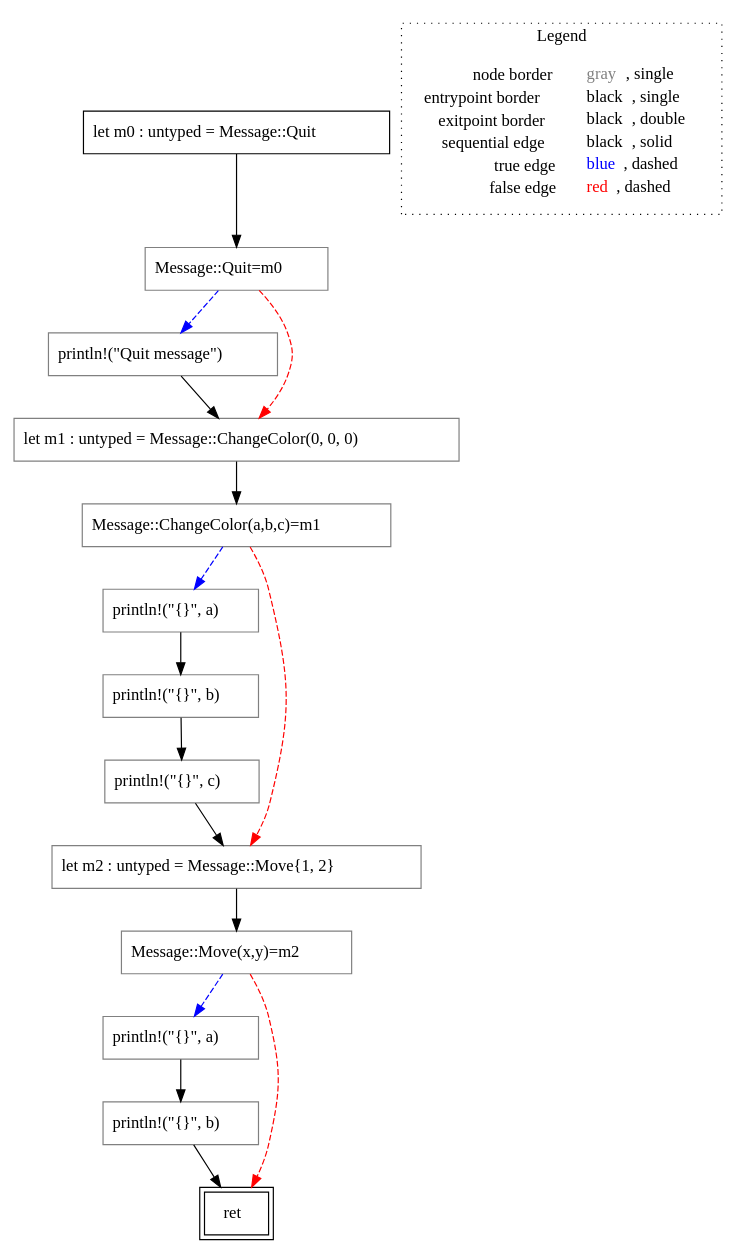
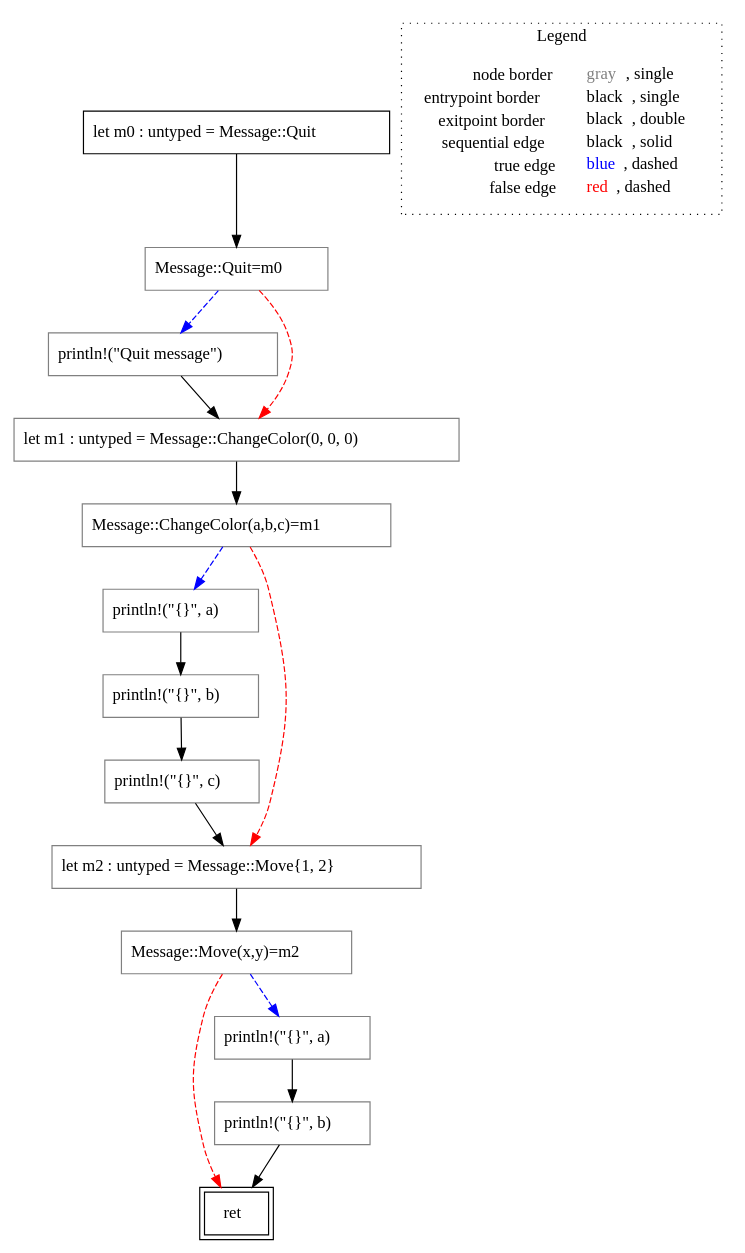
One commit to VincenzoArceri/rust-lisa changed the diagram in rust-lisa/rust-testcases/cfg/simple-if-let/()_rust-testcases_cfg_simple-if-let_simple-if-let.rs.main().dot. Above: the diagram before and after it, drawn with Graphviz. The commit also changed 6 other files, not shown here.

```diff
--- a/rust-lisa/rust-testcases/cfg/simple-if-let/()_rust-testcases_cfg_simple-if-let_simple-if-let.rs.main().dot
+++ b/rust-lisa/rust-testcases/cfg/simple-if-let/()_rust-testcases_cfg_simple-if-let_simple-if-let.rs.main().dot
@@ -1,37 +1,37 @@
 digraph {
 	"node0" [shape="rect",color="black",label=<let m0 : untyped = Message::Quit>];
-	"node1" [shape="rect",color="gray",label=<println!(&quot;{}&quot;, a)>];
-	"node2" [shape="rect",color="gray",label=<println!(&quot;{}&quot;, a)>];
+	"node1" [shape="rect",color="gray",label=<Message::ChangeColor(a,b,c)=m1>];
+	"node2" [shape="rect",color="gray",label=<println!(&quot;{}&quot;, c)>];
 	"node3" [shape="rect",color="black",peripheries="2",label=<ret>];
-	"node4" [shape="rect",color="gray",label=<println!(&quot;Quit message&quot;)>];
-	"node5" [shape="rect",color="gray",label=<println!(&quot;{}&quot;, c)>];
-	"node6" [shape="rect",color="gray",label=<println!(&quot;{}&quot;, b)>];
-	"node7" [shape="rect",color="gray",label=<let m1 : untyped = Message::ChangeColor(0, 0, 0)>];
-	"node8" [shape="rect",color="gray",label=<let m2 : untyped = Message::Move{1, 2}>];
+	"node4" [shape="rect",color="gray",label=<Message::Quit=m0>];
+	"node5" [shape="rect",color="gray",label=<println!(&quot;{}&quot;, a)>];
+	"node6" [shape="rect",color="gray",label=<println!(&quot;{}&quot;, a)>];
+	"node7" [shape="rect",color="gray",label=<println!(&quot;Quit message&quot;)>];
+	"node8" [shape="rect",color="gray",label=<println!(&quot;{}&quot;, b)>];
 	"node9" [shape="rect",color="gray",label=<println!(&quot;{}&quot;, b)>];
-	"node10" [shape="rect",color="gray",label=<Message::Quit=m0>];
+	"node10" [shape="rect",color="gray",label=<let m2 : untyped = Message::Move{1, 2}>];
 	"node11" [shape="rect",color="gray",label=<Message::Move(x,y)=m2>];
-	"node12" [shape="rect",color="gray",label=<Message::ChangeColor(a,b,c)=m1>];
-	"node1" -> "node6" [color="black"];
-	"node0" -> "node10" [color="black"];
-	"node2" -> "node9" [color="black"];
-	"node4" -> "node7" [color="black"];
-	"node5" -> "node8" [color="black"];
-	"node6" -> "node3" [color="black"];
+	"node12" [shape="rect",color="gray",label=<let m1 : untyped = Message::ChangeColor(0, 0, 0)>];
+	"node1" -> "node10" [color="red",style="dashed"];
+	"node1" -> "node5" [color="blue",style="dashed"];
+	"node2" -> "node10" [color="black"];
+	"node4" -> "node12" [color="red",style="dashed"];
+	"node4" -> "node7" [color="blue",style="dashed"];
+	"node0" -> "node4" [color="black"];
+	"node5" -> "node9" [color="black"];
+	"node6" -> "node8" [color="black"];
 	"node7" -> "node12" [color="black"];
-	"node8" -> "node11" [color="black"];
-	"node9" -> "node5" [color="black"];
-	"node10" -> "node7" [color="red",style="dashed"];
-	"node10" -> "node4" [color="blue",style="dashed"];
-	"node11" -> "node1" [color="blue",style="dashed"];
+	"node8" -> "node3" [color="black"];
+	"node9" -> "node2" [color="black"];
+	"node10" -> "node11" [color="black"];
 	"node11" -> "node3" [color="red",style="dashed"];
-	"node12" -> "node2" [color="blue",style="dashed"];
-	"node12" -> "node8" [color="red",style="dashed"];
+	"node11" -> "node6" [color="blue",style="dashed"];
+	"node12" -> "node1" [color="black"];
 subgraph cluster_legend {
 	label="Legend";
 	style=dotted;
 	node [shape=plaintext];
 	"legend" [label=<<table border="0" cellpadding="2" cellspacing="0" cellborder="0"><tr><td align="right">node border&nbsp;</td><td align="left"><font color="gray">gray</font>, single</td></tr><tr><td align="right">entrypoint border&nbsp;</td><td align="left"><font color="black">black</font>, single</td></tr><tr><td align="right">exitpoint border&nbsp;</td><td align="left"><font color="black">black</font>, double</td></tr><tr><td align="right">sequential edge&nbsp;</td><td align="left"><font color="black">black</font>, solid</td></tr><tr><td align="right">true edge&nbsp;</td><td align="left"><font color="blue">blue</font>, dashed</td></tr><tr><td align="right">false edge&nbsp;</td><td align="left"><font color="red">red</font>, dashed</td></tr></table>>];
 }
 
 }
```
